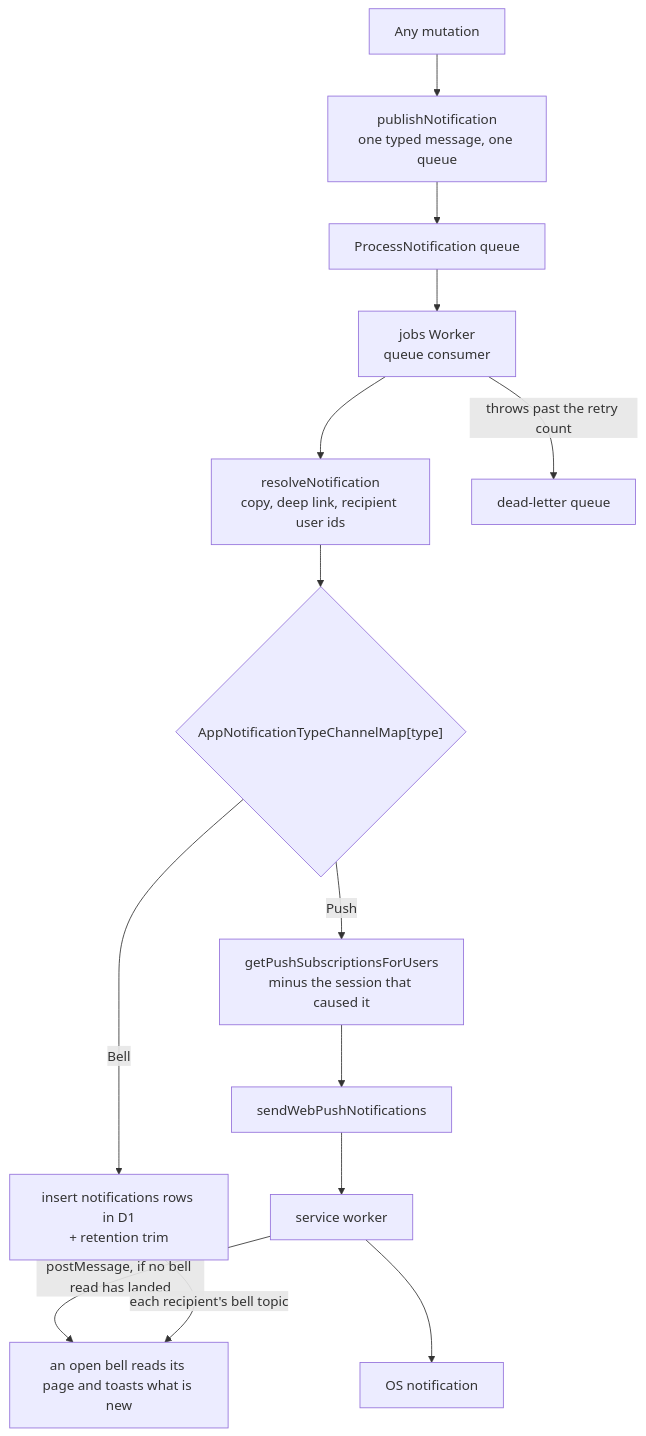
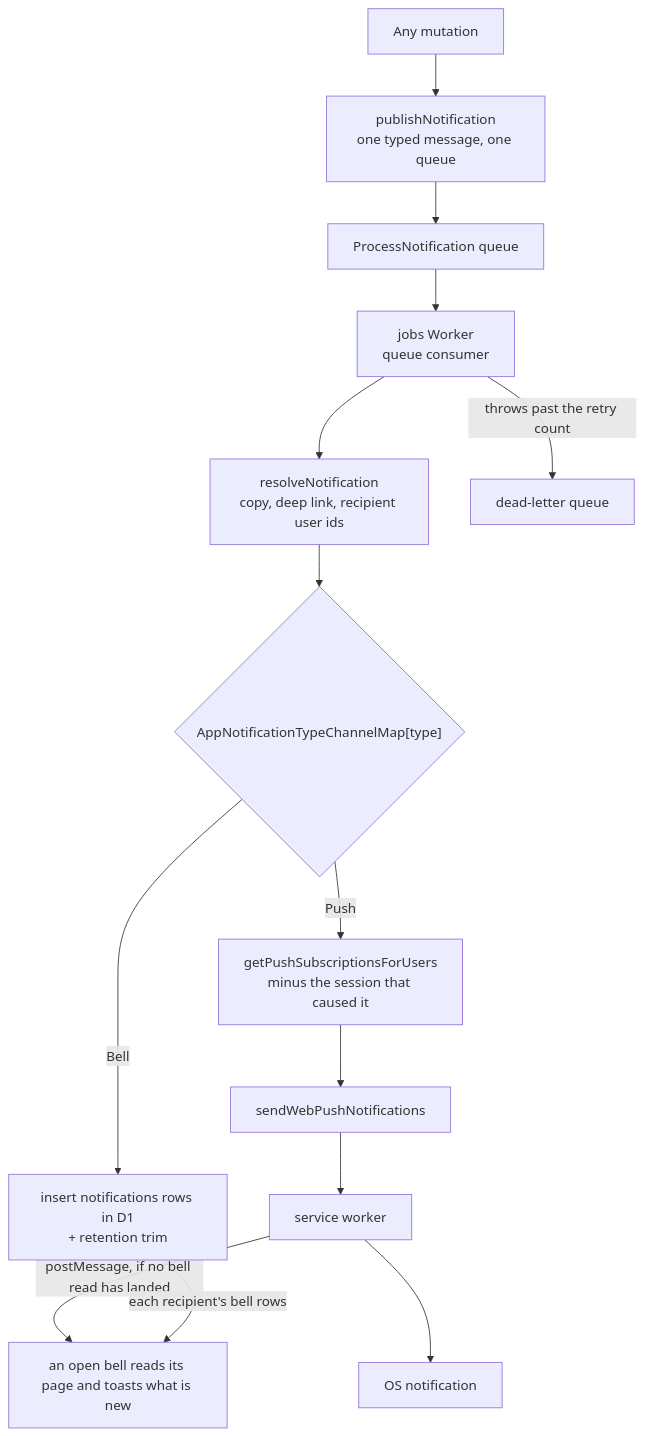
One commit to Esposter/Esposter changed the diagram in openspec/specs/architecture/notifications/design.md. Above: the diagram before and after it, drawn with Mermaid. The commit also changed other lines of this file and 15 other files, not shown here.

First line of the commit message:
docs(openspec): the feature pages name the rows their reads watch, not a kind topic a procedure declares

````diff
--- a/openspec/specs/architecture/notifications/design.md
+++ b/openspec/specs/architecture/notifications/design.md
@@ -9,16 +9,16 @@
 ```mermaid
 flowchart TD
   SRC["Any mutation"] --> PUB["publishNotification<br/>one typed message, one queue"]
   PUB --> Q["ProcessNotification queue"]
   Q --> FN["jobs Worker<br/>queue consumer"]
   FN --> RES["resolveNotification<br/>copy, deep link, recipient user ids"]
   RES --> POL{"AppNotificationTypeChannelMap[type]"}
   POL -->|Bell| ROW["insert notifications rows in D1<br/>+ retention trim"]
   POL -->|Push| SUB["getPushSubscriptionsForUsers<br/>minus the session that caused it"]
   SUB --> WP["sendWebPushNotifications"]
   WP --> SW["service worker"]
   SW --> OS["OS notification"]
   SW -->|"postMessage, if no bell read has landed"| TAB["the tab reads the bell and toasts what is new"]
-  ROW -->|"each recipient's bell topic"| TAB["an open bell reads its page and toasts what is new"]
+  ROW -->|"each recipient's bell rows"| TAB["an open bell reads its page and toasts what is new"]
   FN -->|"throws past the retry count"| DLQ["dead-letter queue"]
 ```
````
